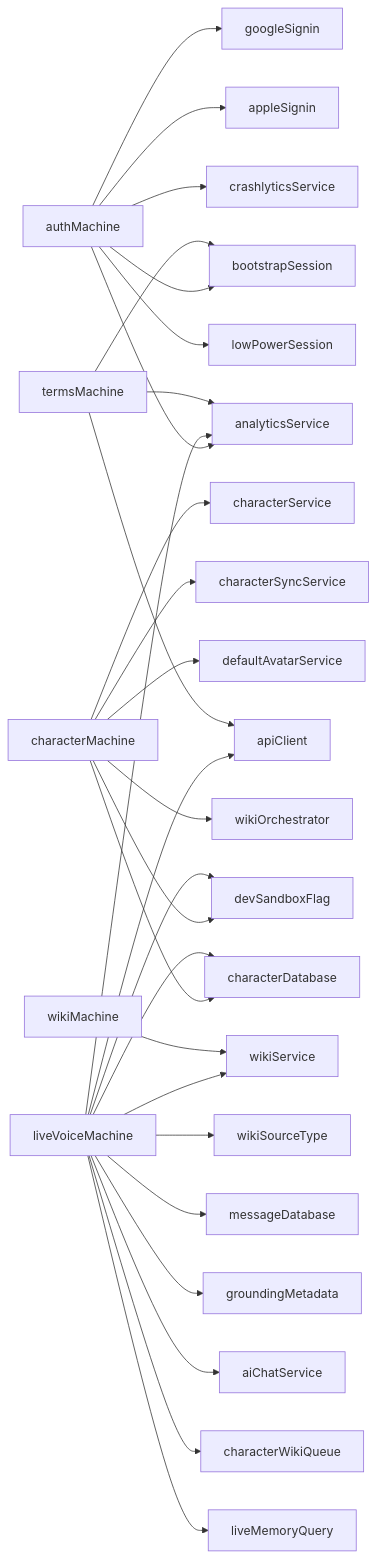
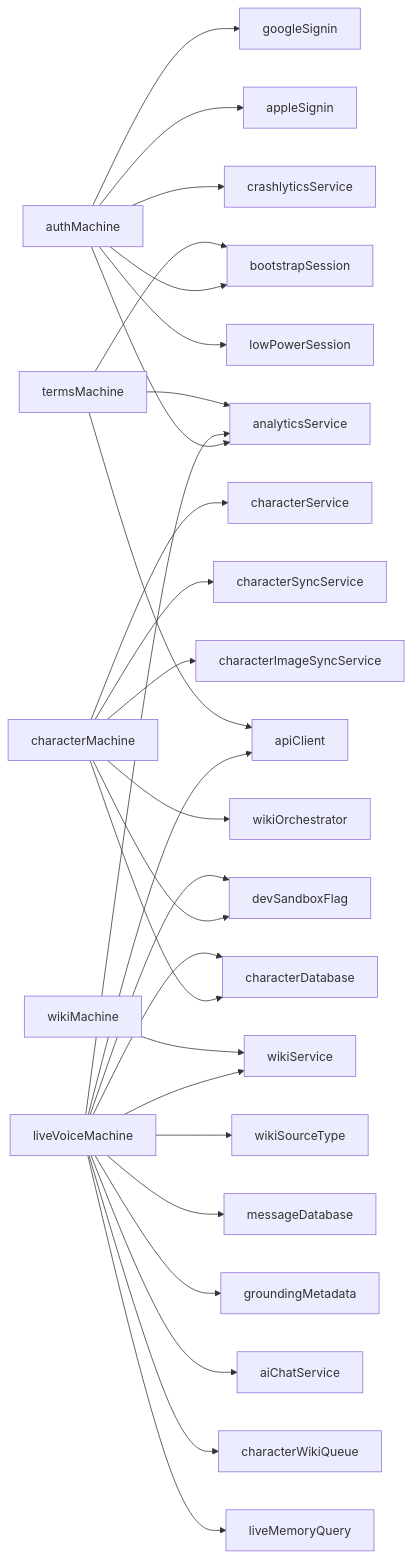
The diagram in docs/flowcharts/MACHINES.md (equationalapplications/clanker), drawn with Mermaid before and after one commit. The commit also changed 4 other files, not shown here.

Commit message:
docs: regenerate architecture flowcharts

````diff
--- a/docs/flowcharts/MACHINES.md
+++ b/docs/flowcharts/MACHINES.md
@@ -4,30 +4,30 @@
 ```mermaid
 graph LR
   authMachine --> googleSignin
   authMachine --> appleSignin
   authMachine --> bootstrapSession
   authMachine --> crashlyticsService
   authMachine --> analyticsService
   authMachine --> lowPowerSession
   characterMachine --> characterService
   characterMachine --> characterDatabase
   characterMachine --> characterSyncService
-  characterMachine --> defaultAvatarService
+  characterMachine --> characterImageSyncService
   characterMachine --> wikiOrchestrator
   characterMachine --> devSandboxFlag
   liveVoiceMachine --> analyticsService
   liveVoiceMachine --> devSandboxFlag
   liveVoiceMachine --> wikiService
   liveVoiceMachine --> apiClient
   liveVoiceMachine --> wikiSourceType
   liveVoiceMachine --> messageDatabase
   liveVoiceMachine --> characterDatabase
   liveVoiceMachine --> groundingMetadata
   liveVoiceMachine --> aiChatService
   liveVoiceMachine --> characterWikiQueue
   liveVoiceMachine --> liveMemoryQuery
   termsMachine --> apiClient
   termsMachine --> analyticsService
   termsMachine --> bootstrapSession
   wikiMachine --> wikiService
 ```
````
